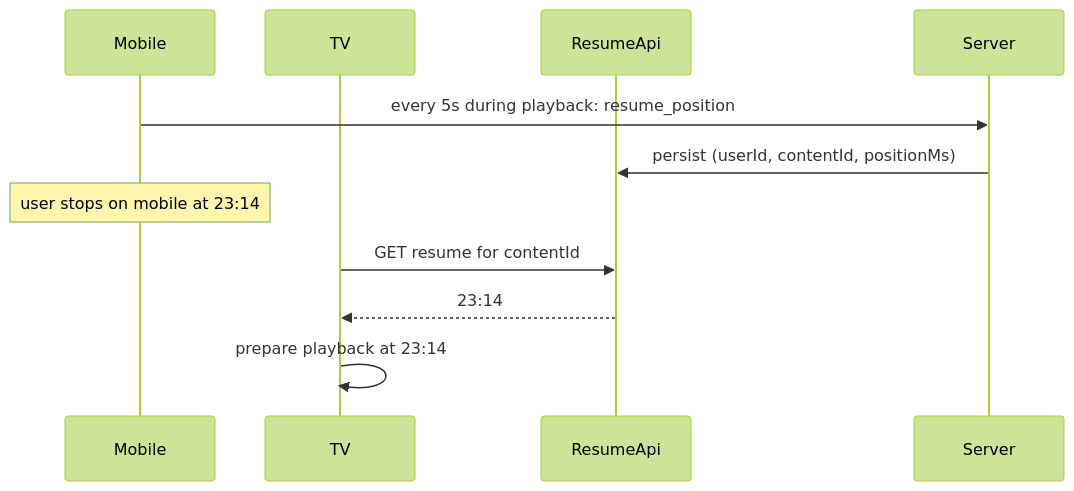
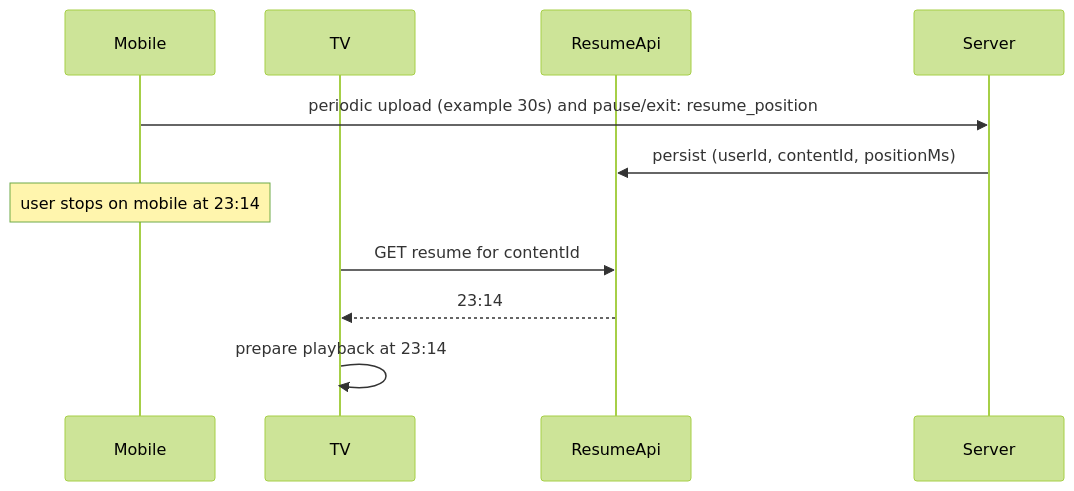
Before and after one commit to swarnsingh/android-staff-engineer-playbook-website: the fourth of 4 diagrams in reference-architectures/video-streaming-app.md, drawn with Mermaid (forest theme). The commit also changed other lines of this file and 37 other files, not shown here.

Commit message:
Add the reviewed Reference Architectures chapters to the website

````diff
--- a/reference-architectures/video-streaming-app.md
+++ b/reference-architectures/video-streaming-app.md
@@ -197,14 +205,14 @@
 ```mermaid
 sequenceDiagram
     participant Mobile
     participant TV
     participant ResumeApi
     participant Server
 
-    Mobile->>Server: every 5s during playback: resume_position
+    Mobile->>Server: periodic upload (example 30s) and pause/exit: resume_position
     Server->>ResumeApi: persist (userId, contentId, positionMs)
     Note over Mobile: user stops on mobile at 23:14
     TV->>ResumeApi: GET resume for contentId
     ResumeApi-->>TV: 23:14
     TV->>TV: prepare playback at 23:14
 ```
````
